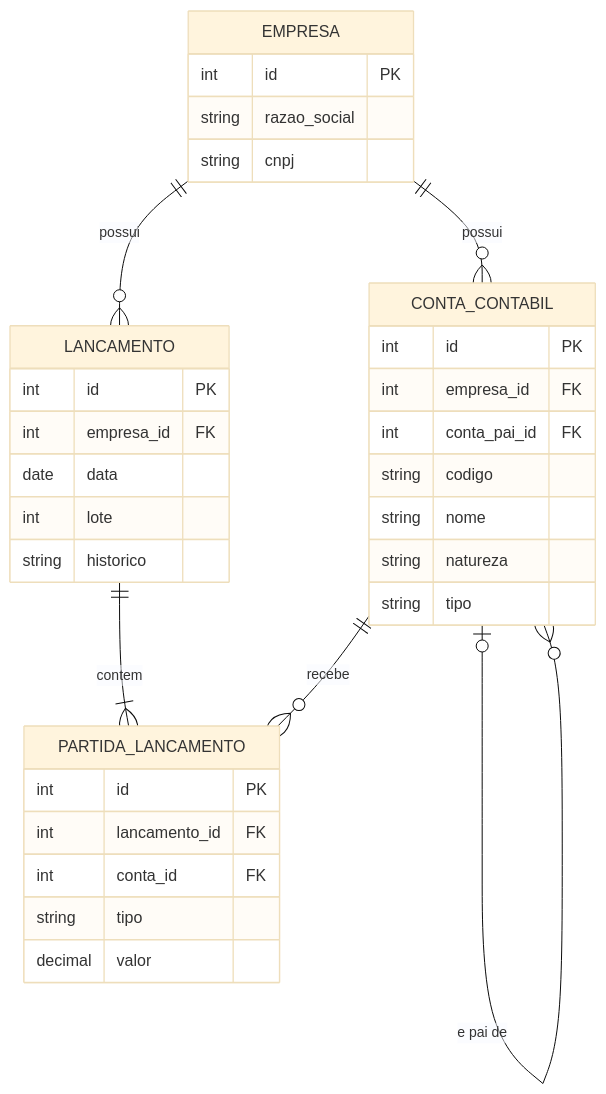
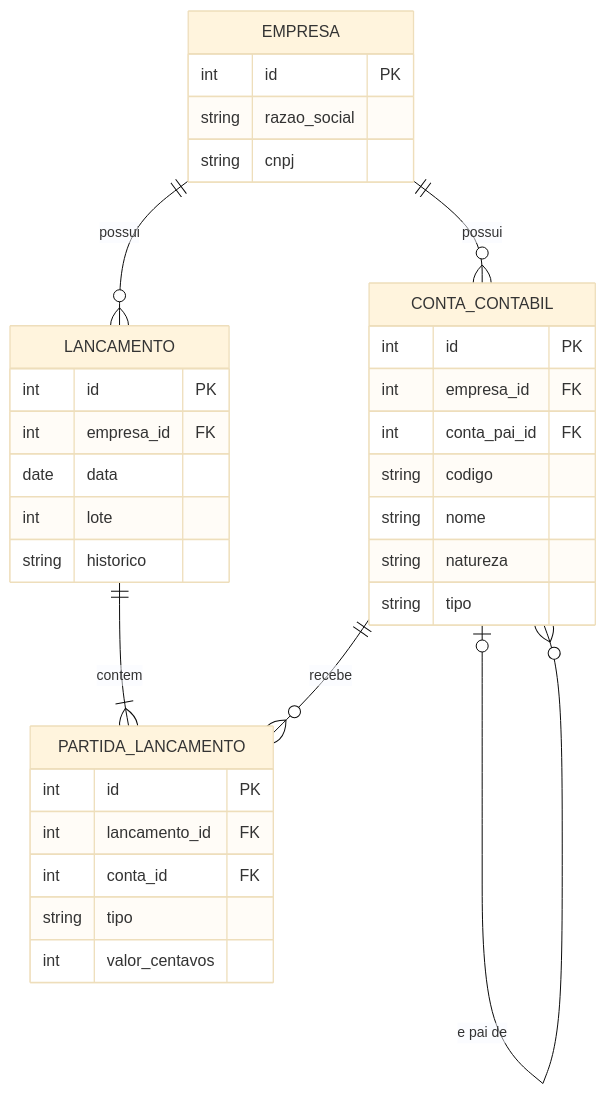
The diagram in docs/modelo-dados.md (Gary-Rainer-Chumacero-Vanderlei/ledger-fpa), drawn with Mermaid (base theme) before and after one commit. The commit also changed other lines of this file and 2 other files, not shown here.

````diff
--- a/docs/modelo-dados.md
+++ b/docs/modelo-dados.md
@@ -7,40 +7,40 @@
 ```mermaid
 erDiagram
     EMPRESA ||--o{ CONTA_CONTABIL : possui
     EMPRESA ||--o{ LANCAMENTO : possui
     LANCAMENTO ||--|{ PARTIDA_LANCAMENTO : contem
     CONTA_CONTABIL ||--o{ PARTIDA_LANCAMENTO : recebe
     CONTA_CONTABIL |o--o{ CONTA_CONTABIL : "e pai de"
 
     EMPRESA {
         int id PK
         string razao_social
         string cnpj
     }
 
     CONTA_CONTABIL {
         int id PK
         int empresa_id FK
         int conta_pai_id FK
         string codigo
         string nome
         string natureza
         string tipo
     }
 
     LANCAMENTO {
         int id PK
         int empresa_id FK
         date data
         int lote
         string historico
     }
 
     PARTIDA_LANCAMENTO {
         int id PK
         int lancamento_id FK
         int conta_id FK
         string tipo
-        decimal valor
+        int valor_centavos
     }
 ```
````
